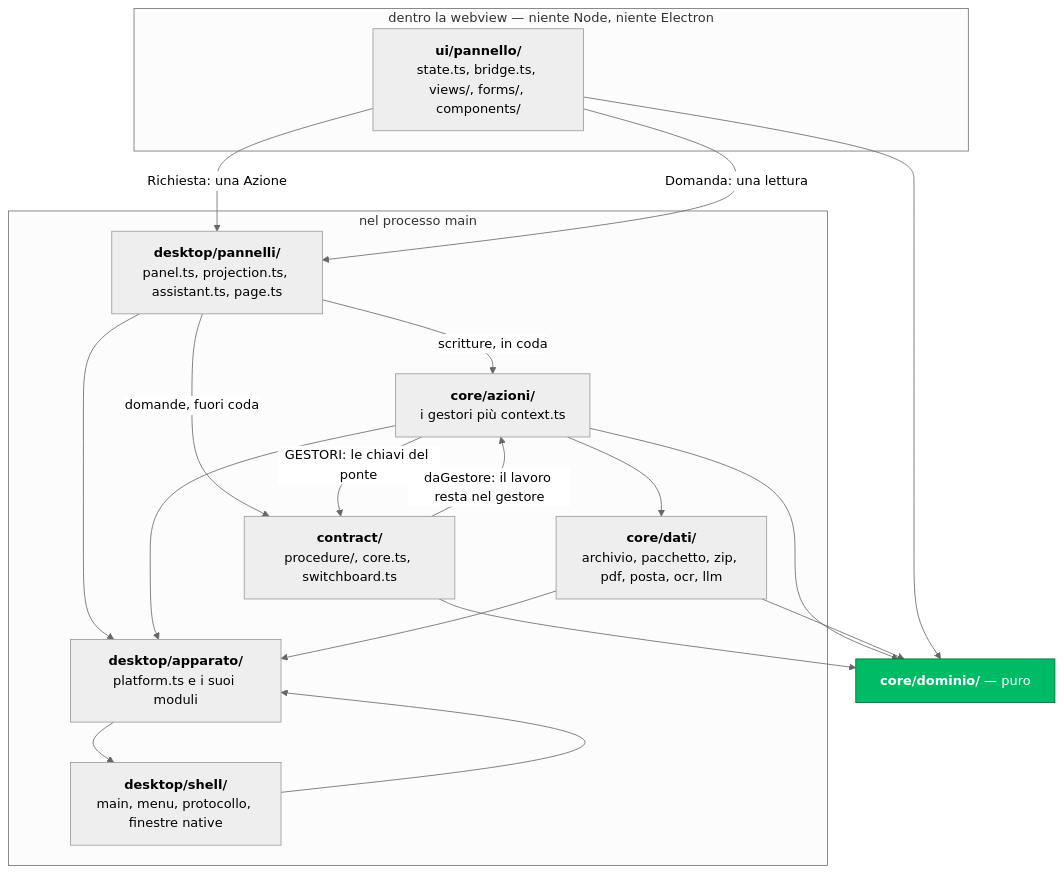
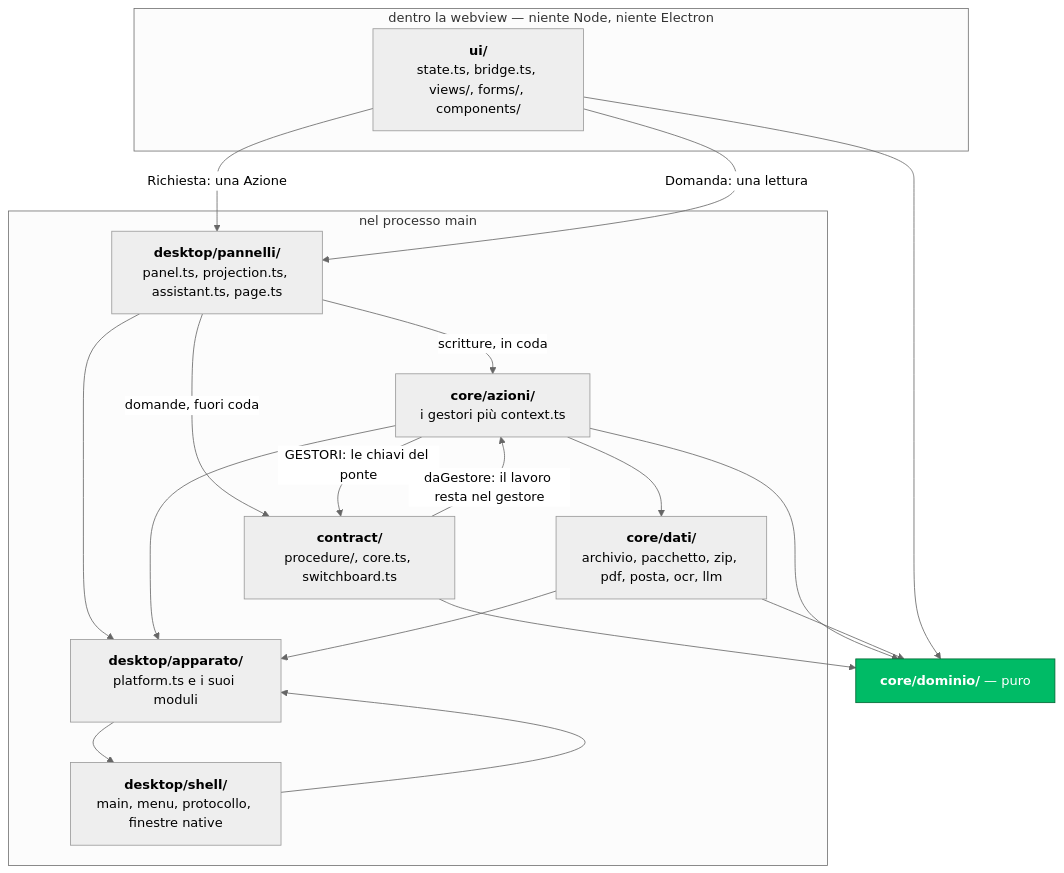
One commit to nabre/Registro changed the third of 7 diagrams in docs/ARCHITETTURA.md. Above: the diagram before and after it, drawn with Mermaid (neutral theme). The commit also changed other lines of this file and 533 other files, not shown here.

````diff
--- a/docs/ARCHITETTURA.md
+++ b/docs/ARCHITETTURA.md
@@ -149,37 +149,37 @@
 ```mermaid
 flowchart TB
   subgraph W["dentro la webview — niente Node, niente Electron"]
-    interfaccia["<b>ui/pannello/</b><br/>state.ts, bridge.ts, views/, forms/, components/"]
+    interfaccia["<b>ui/</b><br/>state.ts, bridge.ts, views/, forms/, components/"]
   end
 
   subgraph H["nel processo main"]
     pannelli["<b>desktop/pannelli/</b><br/>panel.ts, projection.ts, assistant.ts, page.ts"]
     contratto["<b>contract/</b><br/>procedure/, core.ts, switchboard.ts"]
     azioni["<b>core/azioni/</b><br/>i gestori più context.ts"]
     dati["<b>core/dati/</b><br/>archivio, pacchetto, zip, pdf, posta, ocr, llm"]
     ambiente["<b>desktop/apparato/</b><br/>platform.ts e i suoi moduli"]
     guscio["<b>desktop/shell/</b><br/>main, menu, protocollo, finestre native"]
   end
 
   dominio["<b>core/dominio/</b> — puro"]
 
   interfaccia -->|"Richiesta: una Azione"| pannelli
   interfaccia -->|"Domanda: una lettura"| pannelli
   pannelli -->|"scritture, in coda"| azioni
   pannelli -->|"domande, fuori coda"| contratto
   azioni -->|"GESTORI: le chiavi del ponte"| contratto
   contratto -->|"daGestore: il lavoro resta nel gestore"| azioni
   contratto --> dominio
   azioni --> dati
   azioni --> dominio
   dati --> dominio
   interfaccia --> dominio
   pannelli --> ambiente
   azioni --> ambiente
   dati --> ambiente
   ambiente --> guscio
   guscio --> ambiente
 
   classDef puro fill:#0b6,stroke:#063,color:#fff
   class dominio puro
 ```
````
